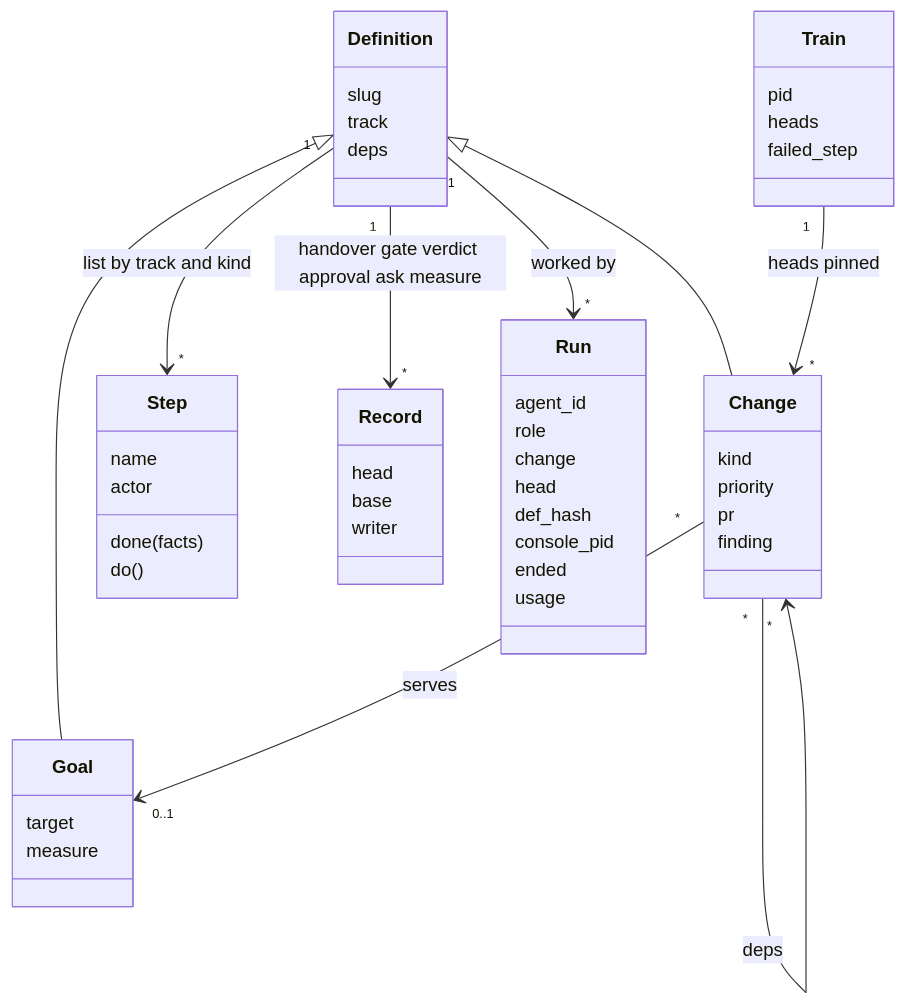
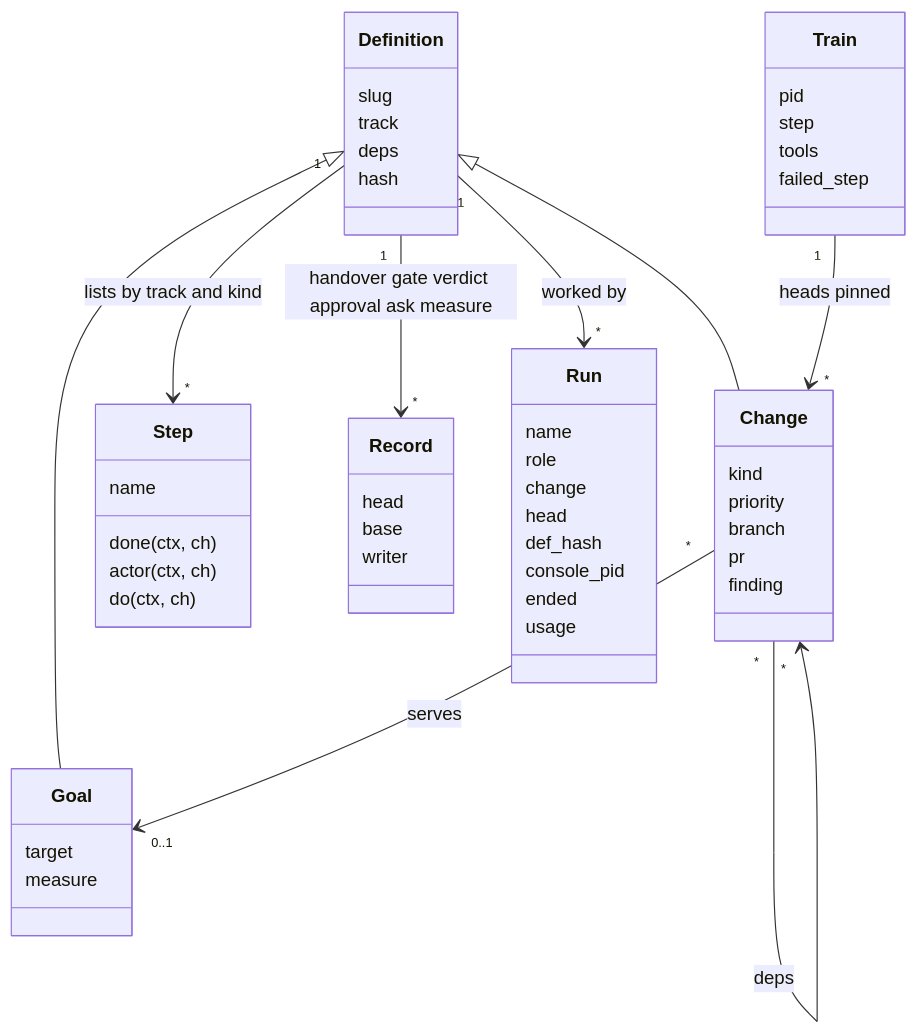
The second of 6 diagrams in docs/ARCHITECTURE.md (AlexPerrin/osrs-harness), drawn with Mermaid before and after one commit. The commit also changed other lines of this file and 3 other files, not shown here.

First line of the commit message:
docs: ARCHITECTURE as built, CLAUDE.md and HANDOFF for v7; the client-api goal

````diff
--- a/docs/ARCHITECTURE.md
+++ b/docs/ARCHITECTURE.md
@@ -198,52 +207,55 @@
 ```mermaid
 classDiagram
   class Definition {
     slug
     track
     deps
+    hash
   }
   class Goal {
     target
     measure
   }
   class Change {
     kind
     priority
+    branch
     pr
     finding
   }
   class Step {
     name
-    done(facts)
-    actor
-    do()
+    done(ctx, ch)
+    actor(ctx, ch)
+    do(ctx, ch)
   }
   class Record {
     head
     base
     writer
   }
   class Run {
-    agent_id
+    name
     role
     change
     head
     def_hash
     console_pid
     ended
     usage
   }
   class Train {
     pid
-    heads
+    step
+    tools
     failed_step
   }
   Definition <|-- Goal
   Definition <|-- Change
   Change "*" --> "*" Change : deps
   Change "*" --> "0..1" Goal : serves
-  Definition "1" --> "*" Step : list by track and kind
+  Definition "1" --> "*" Step : lists by track and kind
   Definition "1" --> "*" Record : handover gate verdict approval ask measure
   Definition "1" --> "*" Run : worked by
   Train "1" --> "*" Change : heads pinned
 ```
````
